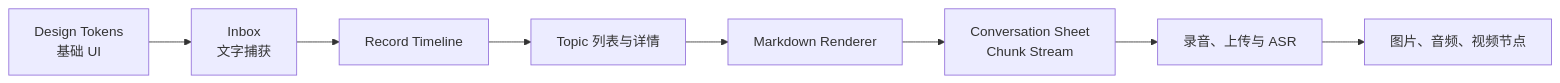
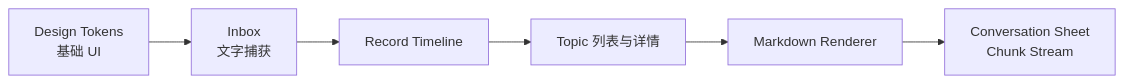
The sixth of 6 diagrams in docs/frontend-architecture.md (huiru-wang/eiko), drawn with Mermaid before and after one commit. The commit also changed other lines of this file and 71 other files, not shown here.

````diff
--- a/docs/frontend-architecture.md
+++ b/docs/frontend-architecture.md
@@ -568,10 +430,8 @@
 ```mermaid
 flowchart LR
     A["Design Tokens\n基础 UI"] --> B["Inbox\n文字捕获"]
     B --> C["Record Timeline"]
     C --> D["Topic 列表与详情"]
     D --> E["Markdown Renderer"]
     E --> F["Conversation Sheet\nChunk Stream"]
-    F --> G["录音、上传与 ASR"]
-    G --> H["图片、音频、视频节点"]
 ```
````
